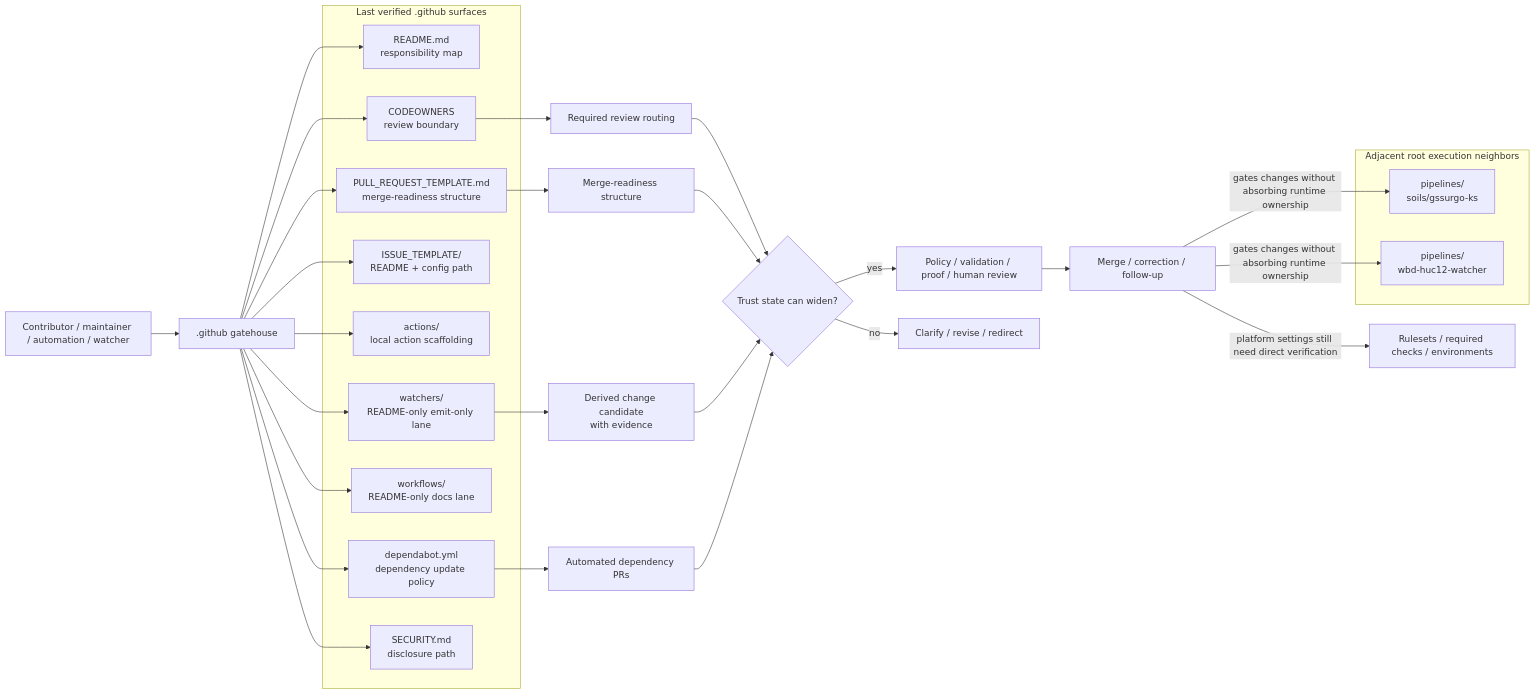
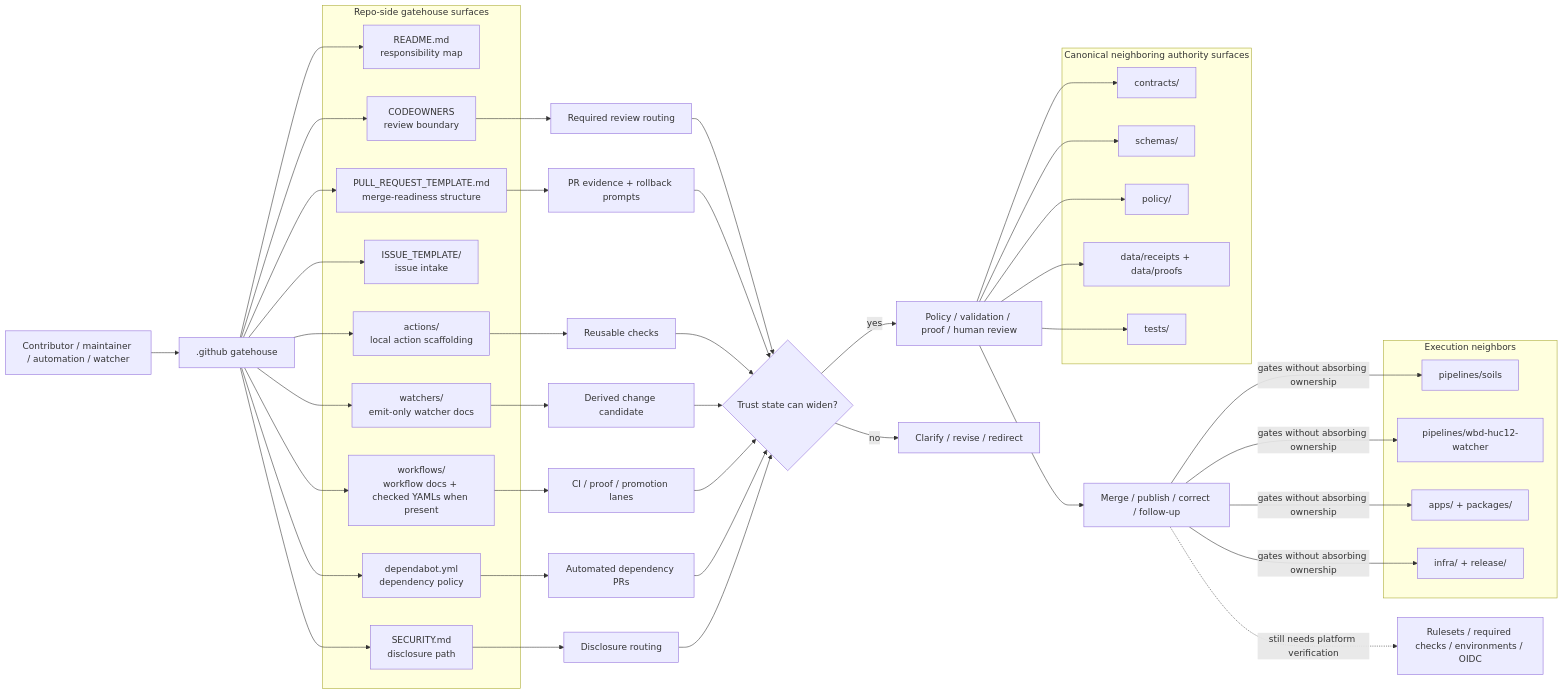
One commit to bartytime4life/Kansas-Frontier-Matrix changed the diagram in .github/README.md. Above: the diagram before and after it, drawn with Mermaid. The commit also changed other lines of this file, not shown here.

````diff
--- a/.github/README.md
+++ b/.github/README.md
@@ -294,50 +343,75 @@
 ```mermaid
 flowchart LR
     A[Contributor / maintainer / automation / watcher] --> B[.github gatehouse]
 
-    subgraph G["Last verified .github surfaces"]
+    subgraph G["Repo-side gatehouse surfaces"]
       G1["README.md<br/>responsibility map"]
       G2["CODEOWNERS<br/>review boundary"]
       G3["PULL_REQUEST_TEMPLATE.md<br/>merge-readiness structure"]
-      G4["ISSUE_TEMPLATE/<br/>README + config path"]
+      G4["ISSUE_TEMPLATE/<br/>issue intake"]
       G5["actions/<br/>local action scaffolding"]
-      G6["watchers/<br/>README-only emit-only lane"]
-      G7["workflows/<br/>README-only docs lane"]
-      G8["dependabot.yml<br/>dependency update policy"]
+      G6["watchers/<br/>emit-only watcher docs"]
+      G7["workflows/<br/>workflow docs + checked YAMLs when present"]
+      G8["dependabot.yml<br/>dependency policy"]
       G9["SECURITY.md<br/>disclosure path"]
     end
 
     B --> G1
     B --> G2
     B --> G3
     B --> G4
     B --> G5
     B --> G6
     B --> G7
     B --> G8
     B --> G9
 
     G2 --> H[Required review routing]
-    G3 --> I[Merge-readiness structure]
-    G6 --> J[Derived change candidate<br/>with evidence]
-    G8 --> K[Automated dependency PRs]
+    G3 --> I[PR evidence + rollback prompts]
+    G5 --> J[Reusable checks]
+    G6 --> K[Derived change candidate]
+    G7 --> L[CI / proof / promotion lanes]
+    G8 --> M[Automated dependency PRs]
+    G9 --> N[Disclosure routing]
 
-    H --> M{Trust state can widen?}
-    I --> M
-    J --> M
-    K --> M
+    H --> O{Trust state can widen?}
+    I --> O
+    J --> O
+    K --> O
+    L --> O
+    M --> O
+    N --> O
 
-    M -->|yes| N[Policy / validation / proof / human review]
-    M -->|no| O[Clarify / revise / redirect]
+    O -->|yes| P[Policy / validation / proof / human review]
+    O -->|no| Q[Clarify / revise / redirect]
 
-    N --> P[Merge / correction / follow-up]
+    P --> R[Merge / publish / correct / follow-up]
 
-    subgraph R["Adjacent root execution neighbors"]
-      R1["pipelines/<br/>soils/gssurgo-ks"]
-      R2["pipelines/<br/>wbd-huc12-watcher"]
+    subgraph C["Canonical neighboring authority surfaces"]
+      C1["contracts/"]
+      C2["schemas/"]
+      C3["policy/"]
+      C4["data/receipts + data/proofs"]
+      C5["tests/"]
     end
 
-    P -->|"gates changes without absorbing runtime ownership"| R1
-    P -->|"gates changes without absorbing runtime ownership"| R2
-    P -->|"platform settings still need direct verification"| Q[Rulesets / required checks / environments]
+    P --> C1
+    P --> C2
+    P --> C3
+    P --> C4
+    P --> C5
+
+    subgraph E["Execution neighbors"]
+      E1["pipelines/soils"]
+      E2["pipelines/wbd-huc12-watcher"]
+      E3["apps/ + packages/"]
+      E4["infra/ + release/"]
+    end
+
+    R -->|"gates without absorbing ownership"| E1
+    R -->|"gates without absorbing ownership"| E2
+    R -->|"gates without absorbing ownership"| E3
+    R -->|"gates without absorbing ownership"| E4
+
+    R -. "still needs platform verification" .-> S[Rulesets / required checks / environments / OIDC]
 ```
````
